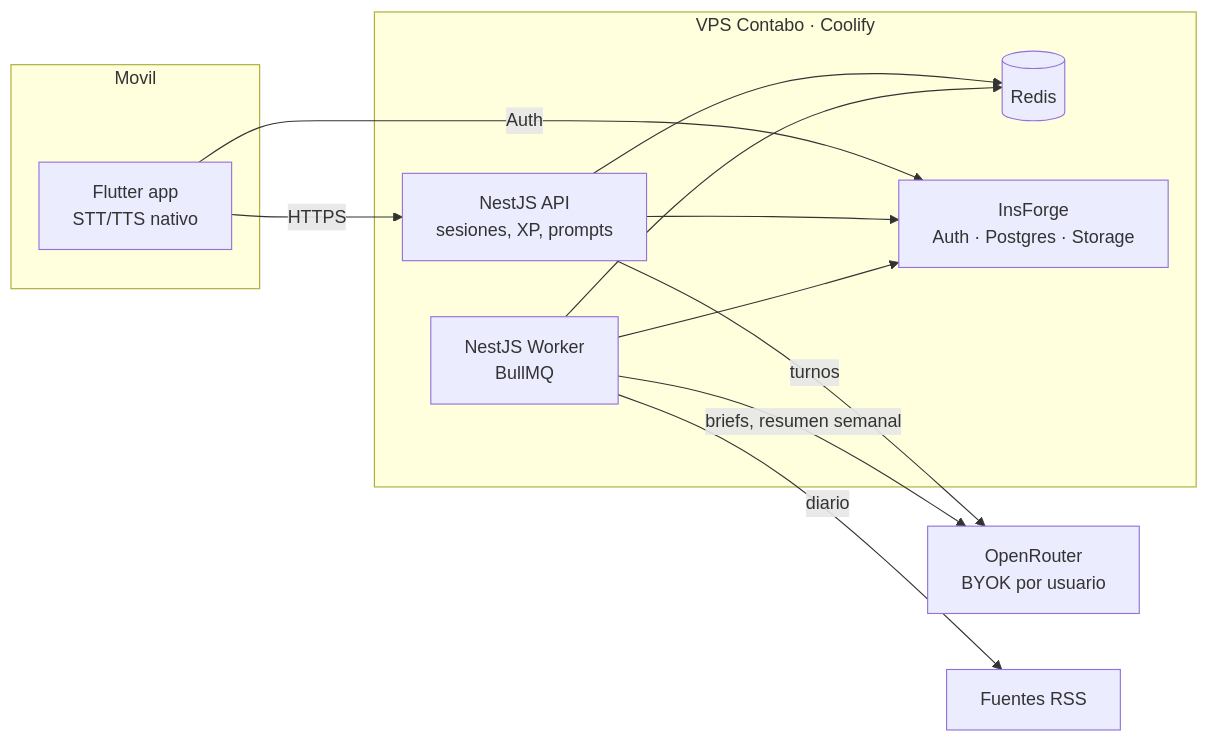
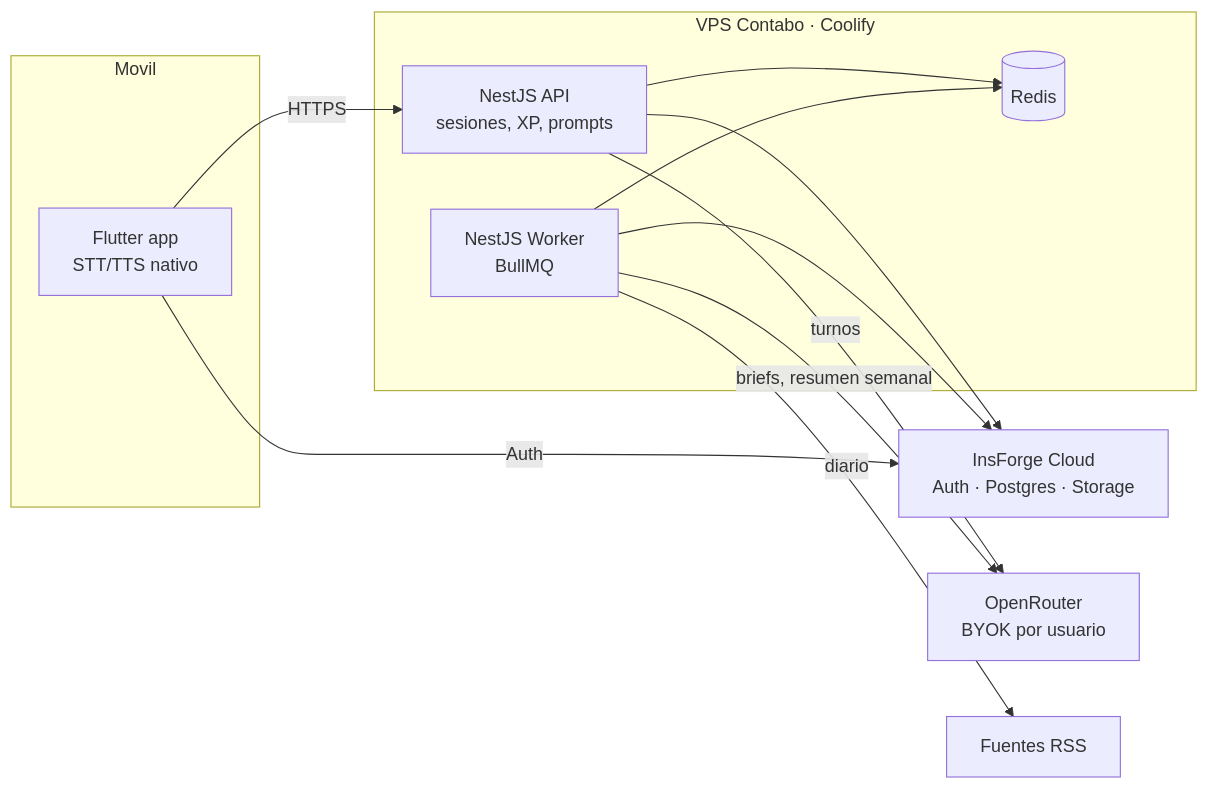
Before and after one commit to hectorcanaimero/fluent: the second of 3 diagrams in docs/PRD.md, drawn with Mermaid. The commit also changed other lines of this file and 7 other files, not shown here.

First line of the commit message:
docs: ADRs 0001-0004 y PRD 1.1 — InsForge Cloud en lugar de autoalojado

````diff
--- a/docs/PRD.md
+++ b/docs/PRD.md
@@ -204,24 +204,24 @@
 ```mermaid
 flowchart LR
     subgraph Movil
         F[Flutter app<br/>STT/TTS nativo]
     end
     subgraph VPS[VPS Contabo · Coolify]
         N[NestJS API<br/>sesiones, XP, prompts]
         W[NestJS Worker<br/>BullMQ]
         R[(Redis)]
-        I[InsForge<br/>Auth · Postgres · Storage]
     end
+    I[InsForge Cloud<br/>Auth · Postgres · Storage]
     OR[OpenRouter<br/>BYOK por usuario]
     RSS[Fuentes RSS]
 
     F -->|HTTPS| N
     F -->|Auth| I
     N --> I
     N --> R
     W --> R
     W --> I
     N -->|turnos| OR
     W -->|briefs, resumen semanal| OR
     W -->|diario| RSS
 ```
````
